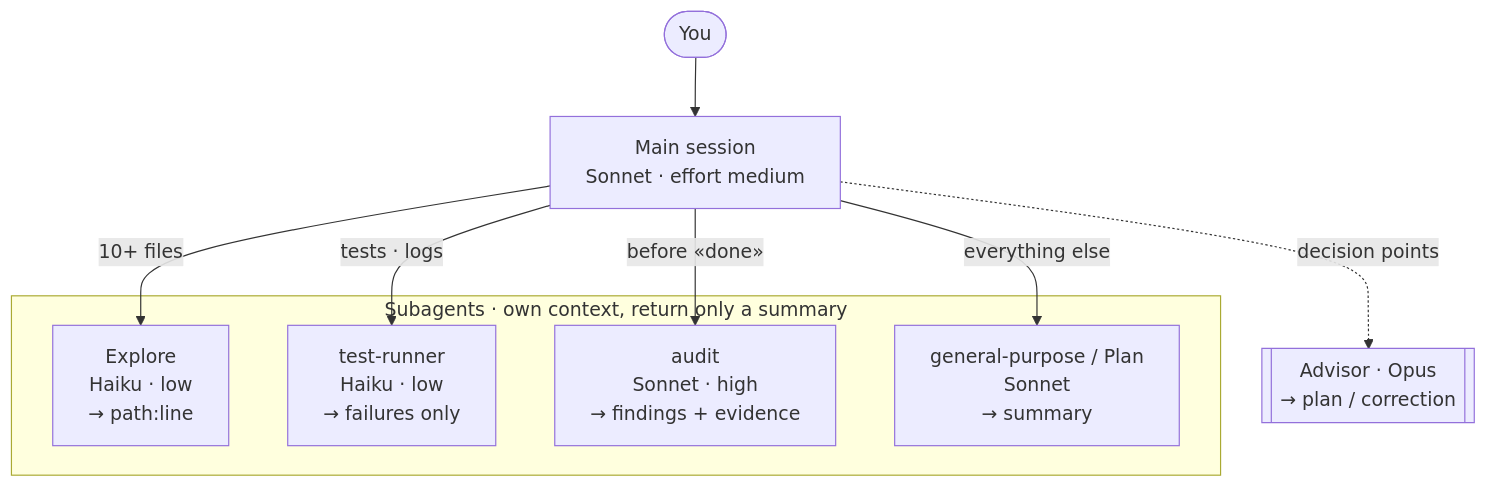
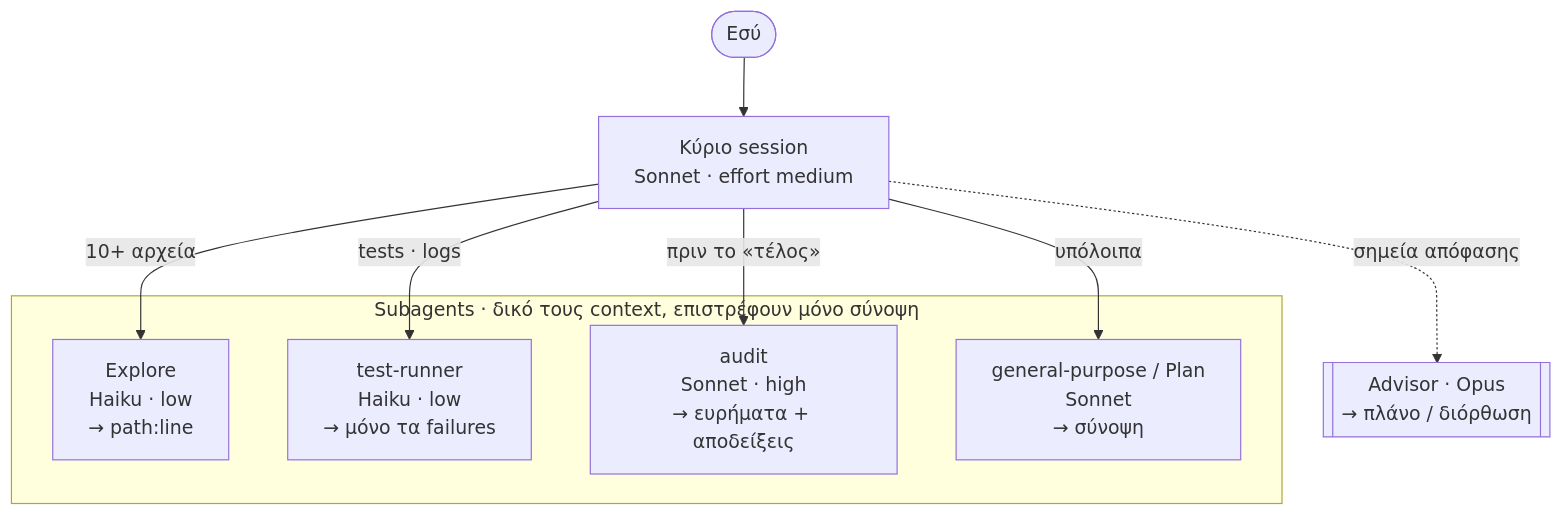
The first of 2 diagrams in plugins/repo-mode/README.md (kniko/claude-plugins), drawn with Mermaid before and after one commit. The commit also changed other lines of this file and 2 other files, not shown here.

````diff
--- a/plugins/repo-mode/README.md
+++ b/plugins/repo-mode/README.md
@@ -53,15 +53,15 @@
 ```mermaid
 flowchart TD
-    U(["You"]) --> M["Main session<br/>Sonnet · effort medium"]
-    M -.->|"decision points"| A[["Advisor · Opus<br/>→ plan / correction"]]
-    subgraph SA ["Subagents · own context, return only a summary"]
+    U(["Εσύ"]) --> M["Κύριο session<br/>Sonnet · effort medium"]
+    M -.->|"σημεία απόφασης"| A[["Advisor · Opus<br/>→ πλάνο / διόρθωση"]]
+    subgraph SA ["Subagents · δικό τους context, επιστρέφουν μόνο σύνοψη"]
         E["Explore<br/>Haiku · low<br/>→ path:line"]
-        T["test-runner<br/>Haiku · low<br/>→ failures only"]
-        R["audit<br/>Sonnet · high<br/>→ findings + evidence"]
-        G["general-purpose / Plan<br/>Sonnet<br/>→ summary"]
+        T["test-runner<br/>Haiku · low<br/>→ μόνο τα failures"]
+        R["audit<br/>Sonnet · high<br/>→ ευρήματα + αποδείξεις"]
+        G["general-purpose / Plan<br/>Sonnet<br/>→ σύνοψη"]
     end
-    M -->|"10+ files"| E
+    M -->|"10+ αρχεία"| E
     M -->|"tests · logs"| T
-    M -->|"before «done»"| R
-    M -->|"everything else"| G
+    M -->|"πριν το «τέλος»"| R
+    M -->|"υπόλοιπα"| G
 ```
````
